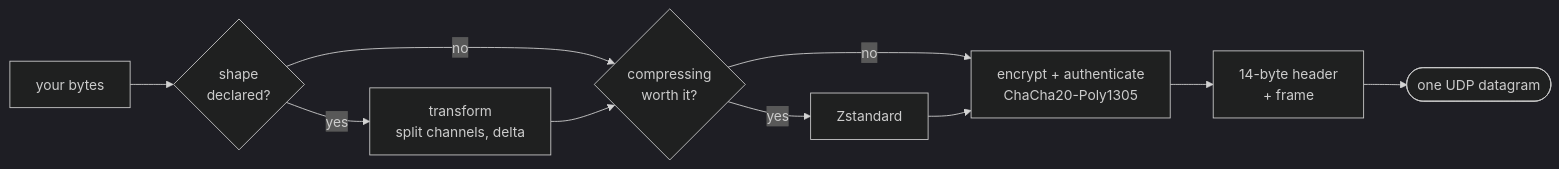
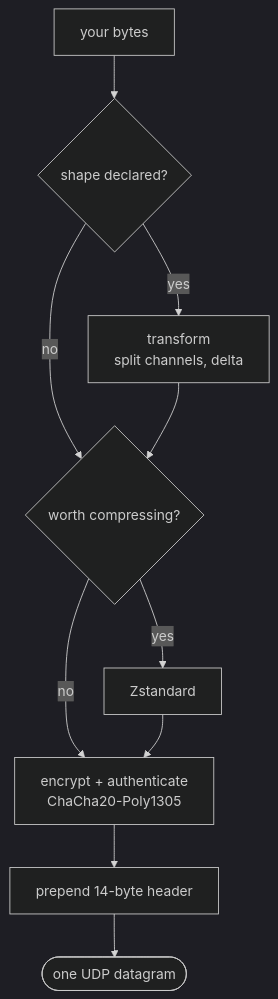
The fourth of 5 diagrams in README.md (YounghyeonPark/fectp), drawn with Mermaid (dark theme) before and after one commit. The commit also changed other lines of this file, not shown here.

First line of the commit message:
README: narrow the diagrams so they fit GitHub's column

````diff
--- a/README.md
+++ b/README.md
@@ -148,12 +148,12 @@
 ```mermaid
-flowchart LR
-    P["your bytes"] --> T{"shape<br/>declared?"}
+flowchart TD
+    P["your bytes"] --> T{"shape declared?"}
     T -->|yes| TR["transform<br/>split channels, delta"]
-    T -->|no| Z
-    TR --> Z{"compressing<br/>worth it?"}
+    T -->|no| Z{"worth compressing?"}
+    TR --> Z
     Z -->|yes| ZS["Zstandard"]
-    Z -->|no| E
-    ZS --> E["encrypt + authenticate<br/>ChaCha20-Poly1305"]
-    E --> W["14-byte header<br/>+ frame"]
+    Z -->|no| E["encrypt + authenticate<br/>ChaCha20-Poly1305"]
+    ZS --> E
+    E --> W["prepend 14-byte header"]
     W --> S(["one UDP datagram"])
 ```
````
